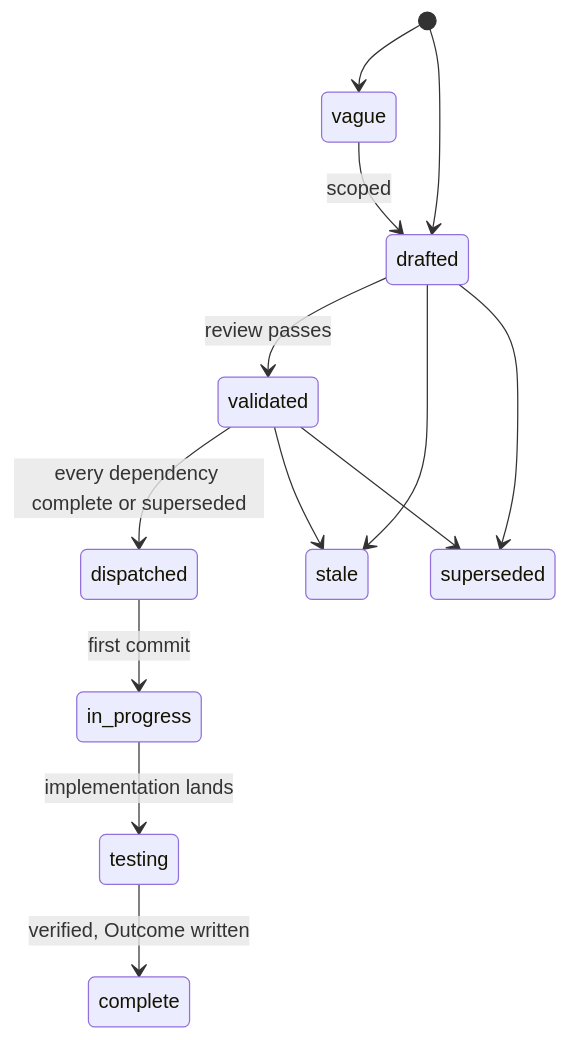
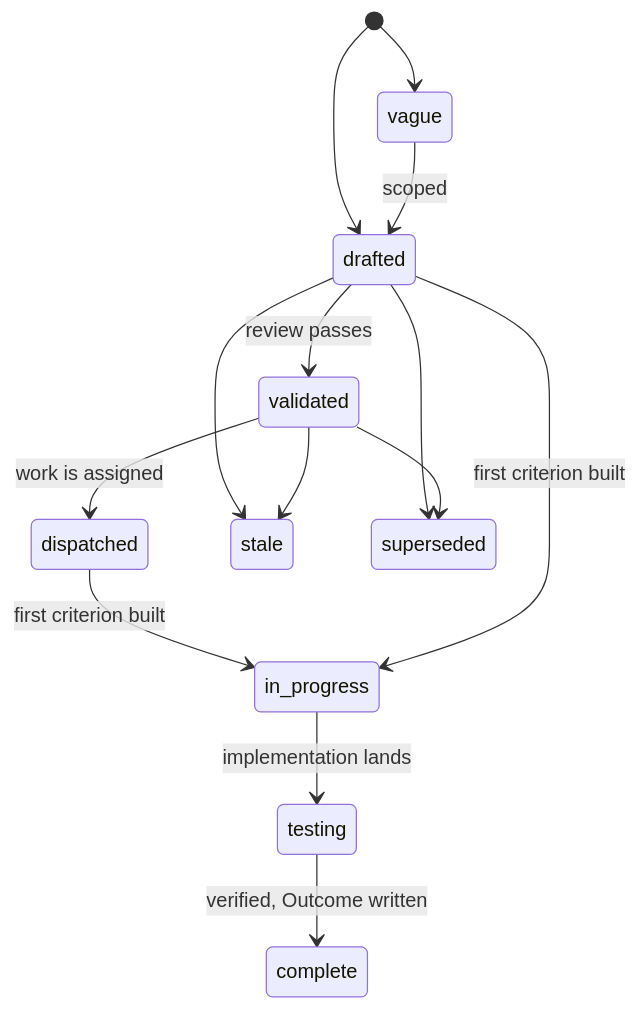
Before and after one commit to latere-ai/topos: the first of 2 diagrams in specs/README.md, drawn with Mermaid. The commit also changed other lines of this file and 14 other files, not shown here.

Commit message:
specs: thirteen built specs are in progress by their own criteria, and review holds the build order

````diff
--- a/specs/README.md
+++ b/specs/README.md
@@ -30,15 +30,16 @@
 ```mermaid
 stateDiagram-v2
   [*] --> vague
   [*] --> drafted
   vague --> drafted: scoped
   drafted --> validated: review passes
-  validated --> dispatched: every dependency complete or superseded
-  dispatched --> in_progress: first commit
+  validated --> dispatched: work is assigned
+  dispatched --> in_progress: first criterion built
+  drafted --> in_progress: first criterion built
   in_progress --> testing: implementation lands
   testing --> complete: verified, Outcome written
   drafted --> stale
   validated --> stale
   drafted --> superseded
   validated --> superseded
 ```
````
